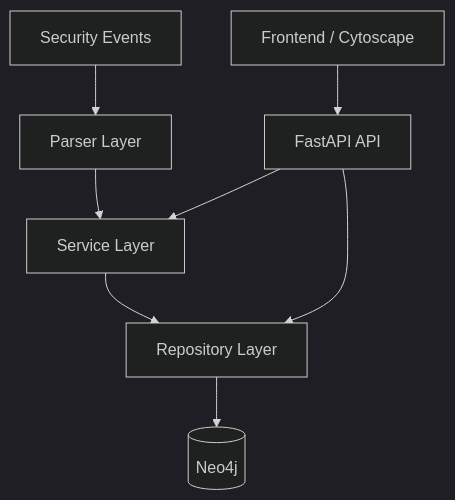
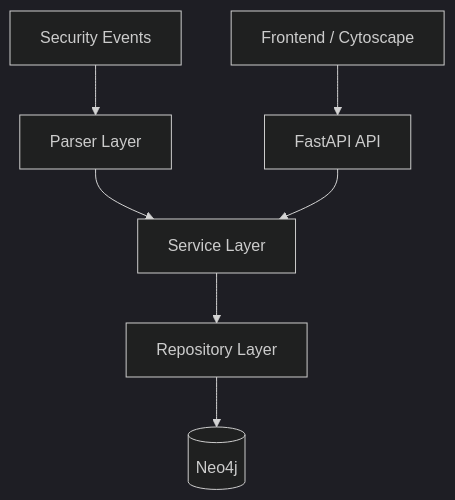
Before and after one commit to Nefen22/entity-management-for-soc: the diagram in docs/architecture.md, drawn with Mermaid (dark theme). The commit also changed 2 other files, not shown here.

Commit message:
fix: button search n-hop

````diff
--- a/docs/architecture.md
+++ b/docs/architecture.md
@@ -1,13 +1,11 @@
 ```mermaid
 flowchart TD
 
 A[Security Events] --> B[Parser Layer]
 B --> C[Service Layer]
+F[FastAPI API] --> C
 C --> D[Repository Layer]
 D --> E[(Neo4j)]
 
-F[FastAPI API] --> C
-F --> D
-
 G[Frontend / Cytoscape] --> F
 ```
````
